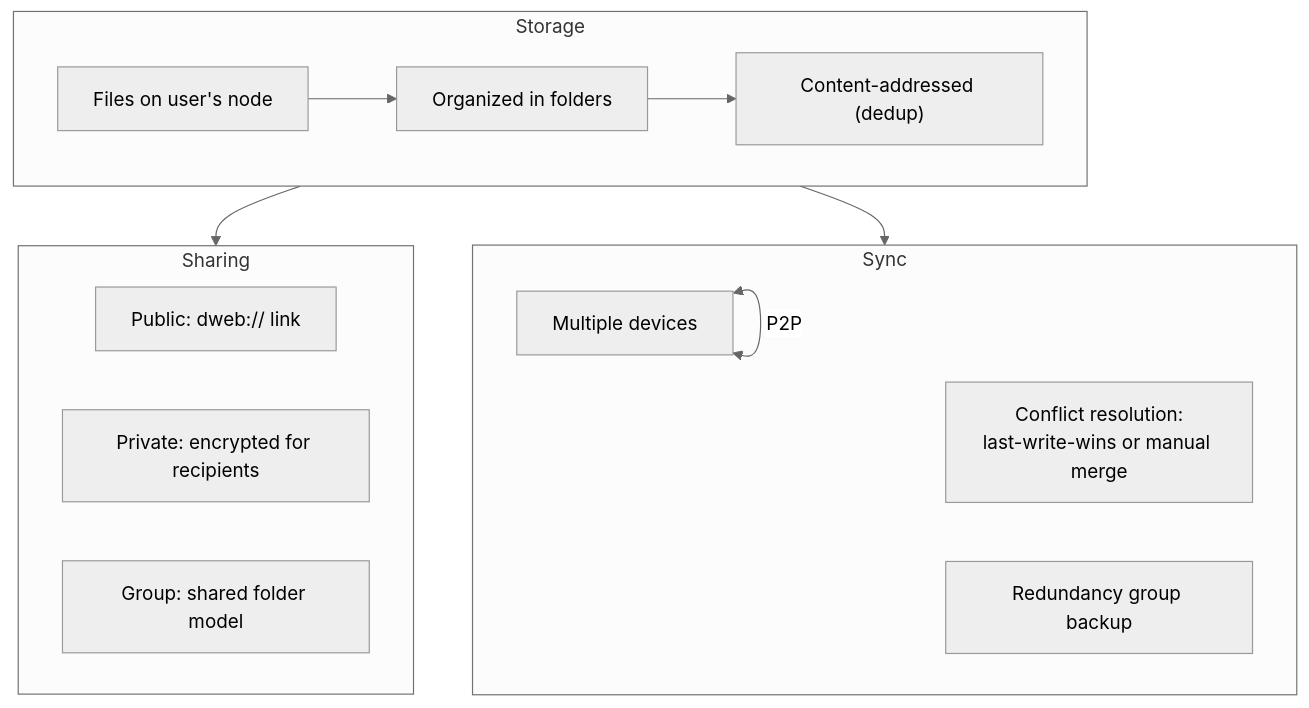
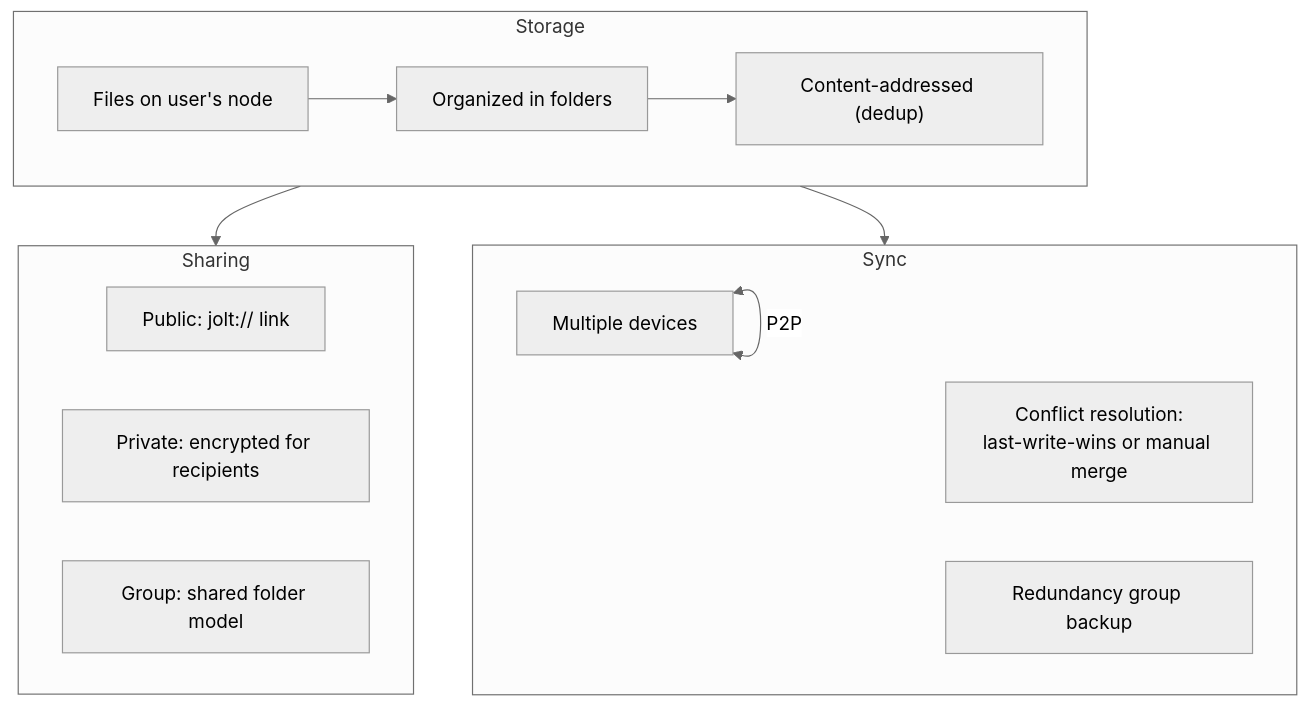
One commit to alexanderwanyoike/jolt changed the fourth of 8 diagrams in docs/10-example-apps.md. Above: the diagram before and after it, drawn with Mermaid (neutral theme). The commit also changed other lines of this file and 148 other files, not shown here.

Commit message:
Rename dweb to jolt and improve daemon discovery

````diff
--- a/docs/10-example-apps.md
+++ b/docs/10-example-apps.md
@@ -114,22 +114,22 @@
 ```mermaid
 graph TD
     subgraph storage["Storage"]
         Files["Files on user's node"] --> Folders["Organized in folders"]
         Folders --> CAddr["Content-addressed (dedup)"]
     end
 
     subgraph sharing["Sharing"]
-        Public["Public: dweb:// link"]
+        Public["Public: jolt:// link"]
         Private["Private: encrypted for recipients"]
         Group["Group: shared folder model"]
     end
 
     subgraph sync["Sync"]
         Multi["Multiple devices"] <-->|P2P| Multi
         Conflict["Conflict resolution:<br/>last-write-wins or manual merge"]
         Redundancy["Redundancy group backup"]
     end
 
     storage --> sharing
     storage --> sync
 ```
````
